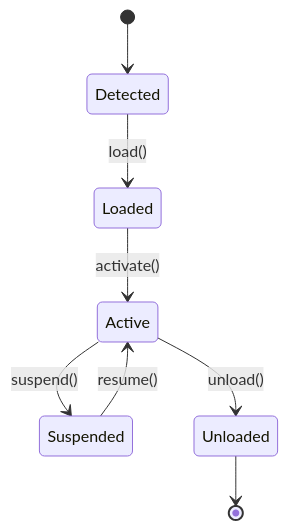
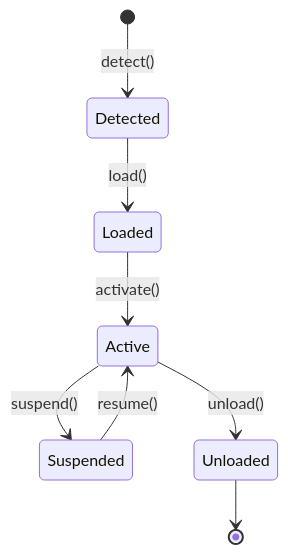
The diagram in bao-source/bao-sdk/README.md (d4551/docduckgoose), drawn with Mermaid before and after one commit. The commit also changed other lines of this file and 295 other files, not shown here.

````diff
--- a/bao-source/bao-sdk/README.md
+++ b/bao-source/bao-sdk/README.md
@@ -10,10 +15,10 @@
 ```mermaid
 stateDiagram-v2
-  [*] --> Detected
+  [*] --> Detected: detect()
   Detected --> Loaded: load()
   Loaded --> Active: activate()
   Active --> Suspended: suspend()
   Suspended --> Active: resume()
   Active --> Unloaded: unload()
   Unloaded --> [*]
 ```
````
